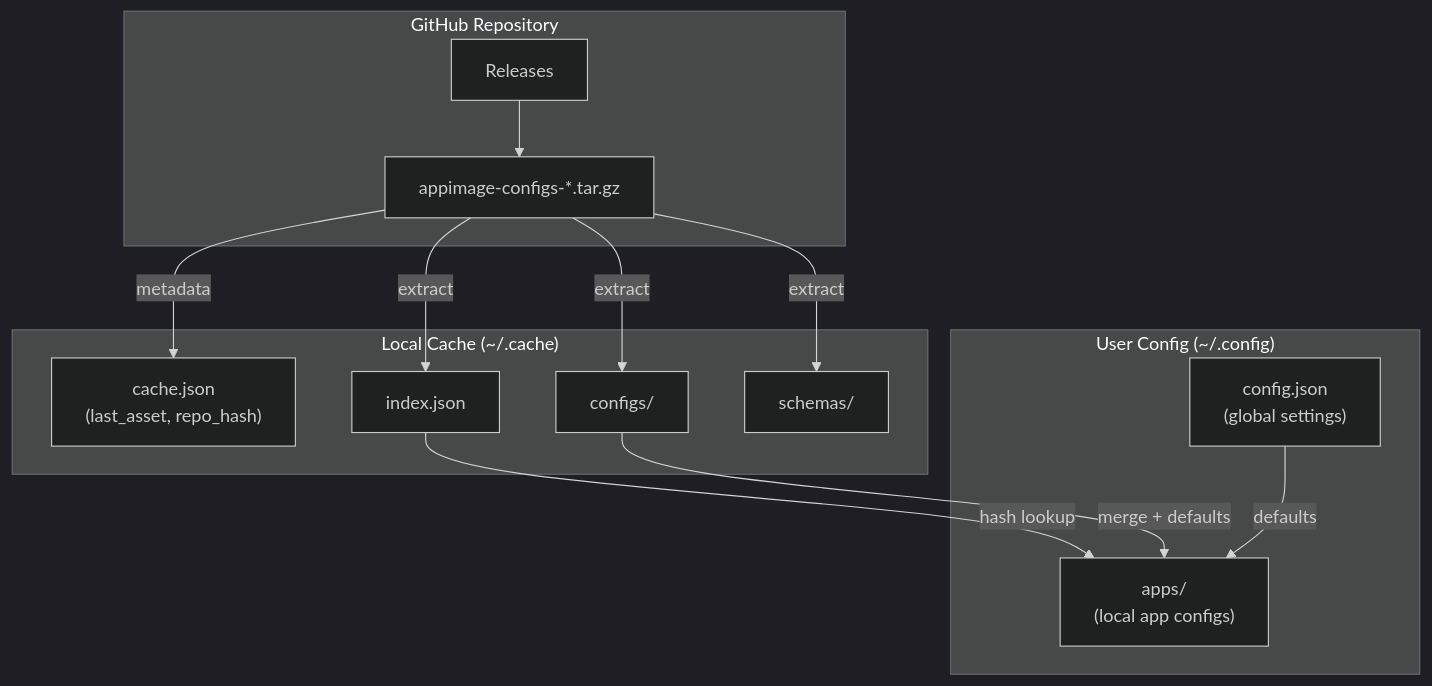
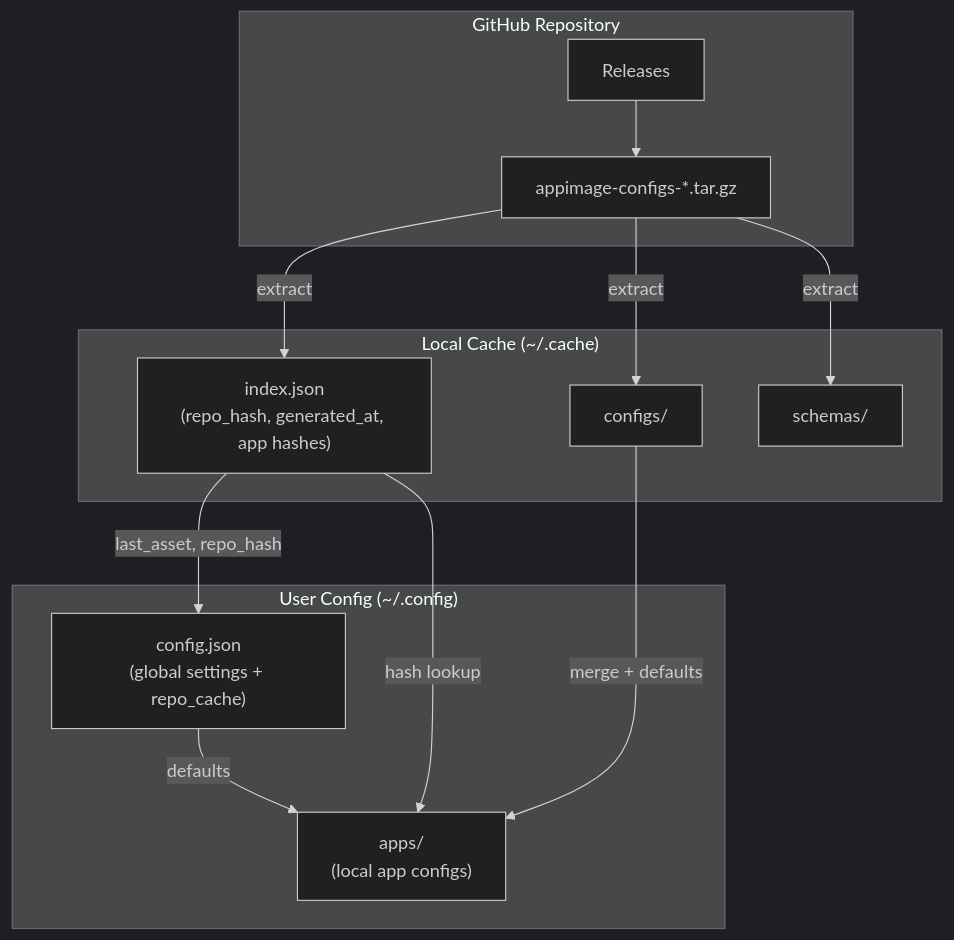
Before and after one commit to royw/appimage-updater: the second of 3 diagrams in docs/repo_plan.md, drawn with Mermaid (dark theme). The commit also changed other lines of this file, not shown here.

First line of the commit message:
Fix repo plan: cache metadata in config.json, not separate file

````diff
--- a/docs/repo_plan.md
+++ b/docs/repo_plan.md
@@ -39,29 +39,28 @@
 ```mermaid
 flowchart TB
     subgraph GitHub["GitHub Repository"]
         RELEASES[Releases]
         TARBALL["appimage-configs-*.tar.gz"]
     end
     
     subgraph Cache["Local Cache (~/.cache)"]
-        CACHE_JSON["cache.json<br/>(last_asset, repo_hash)"]
-        CACHE_INDEX["index.json"]
+        CACHE_INDEX["index.json<br/>(repo_hash, generated_at, app hashes)"]
         CACHE_CONFIGS["configs/"]
         CACHE_SCHEMAS["schemas/"]
     end
     
     subgraph Config["User Config (~/.config)"]
-        GLOBAL_CFG["config.json<br/>(global settings)"]
+        GLOBAL_CFG["config.json<br/>(global settings + repo_cache)"]
         APP_CFGS["apps/<br/>(local app configs)"]
     end
     
     RELEASES --> TARBALL
     TARBALL -->|extract| CACHE_INDEX
     TARBALL -->|extract| CACHE_CONFIGS
     TARBALL -->|extract| CACHE_SCHEMAS
-    TARBALL -->|metadata| CACHE_JSON
     
+    CACHE_INDEX -->|"last_asset, repo_hash"| GLOBAL_CFG
     CACHE_INDEX -->|hash lookup| APP_CFGS
     CACHE_CONFIGS -->|merge + defaults| APP_CFGS
     GLOBAL_CFG -->|defaults| APP_CFGS
 ```
````
